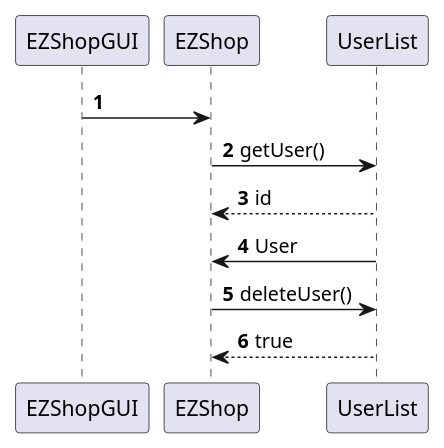
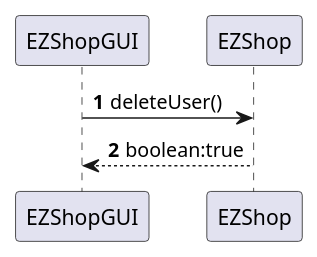
The sixth of 22 diagrams in Deliverables/DesignDocument.md (mkexc/ezshop), drawn with PlantUML before and after one commit. The commit also changed other lines of this file and 3 other files, not shown here.

````diff
--- a/Deliverables/DesignDocument.md
+++ b/Deliverables/DesignDocument.md
@@ -279,11 +277,7 @@
 ```plantuml
 @startuml
 autonumber
-EZShopGUI -> EZShop 
-EZShop -> UserList : getUser()
-EZShop <-- UserList : id
-UserList -> EZShop : User
-EZShop -> UserList : deleteUser()
-EZShop <-- UserList : true
+EZShopGUI -> EZShop : deleteUser()
+EZShopGUI <-- EZShop : boolean:true
 @enduml
 ```
````
